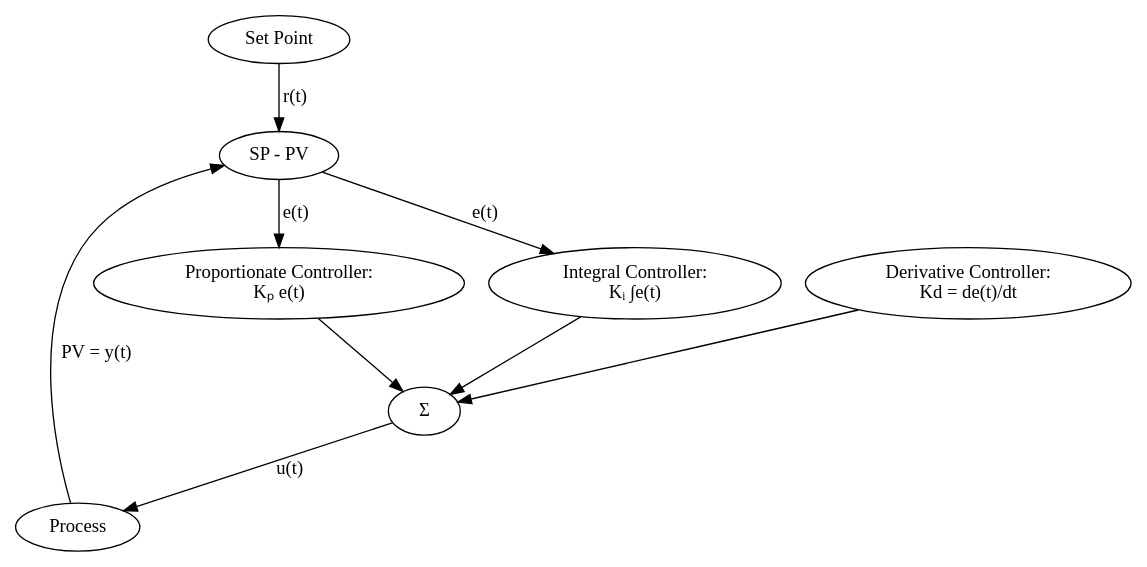
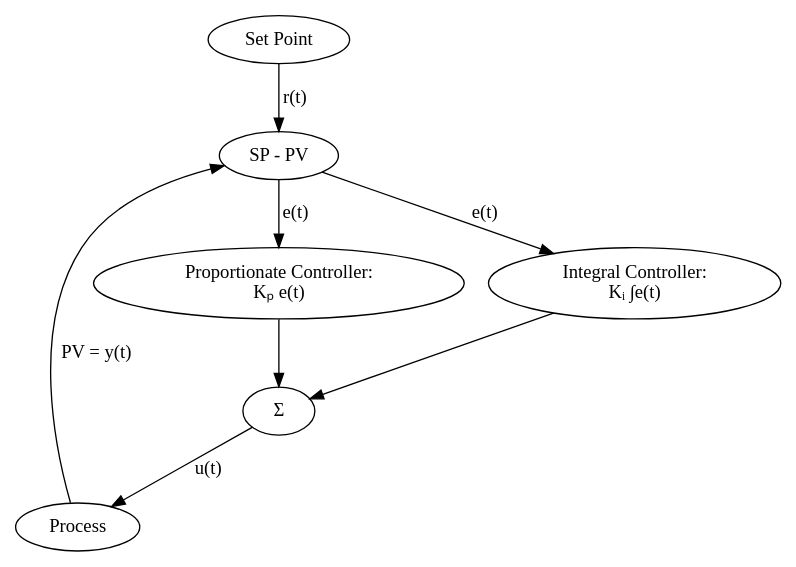
The diagram in pid-dotfiles/pi-controller.dot (brain-fuel-co/feedback), drawn with Graphviz before and after one commit. The commit also changed 1 other file, not shown here.

```diff
--- a/pid-dotfiles/pi-controller.dot
+++ b/pid-dotfiles/pi-controller.dot
@@ -1,18 +1,16 @@
 digraph PI {
     SP [label="Set Point"];
     PR [label="Process"];
     S1 [label="SP - PV"];
     P  [label="Proportionate Controller:\nKₚ e(t)"];
     I  [label="Integral Controller:\nKᵢ ∫e(t)"];
-    D  [label="Derivative Controller:\nKd = de(t)/dt"];
     S2 [label="Σ"];
 
     SP -> S1 [label="r(t)"];
     PR -> S1 [label="PV = y(t)"];
     S1 -> P  [label="e(t)"];
     S1 -> I  [label="e(t)"];
     P  -> S2;
     I  -> S2;
-    D  -> S2;
     S2 -> PR [label="u(t)"];
 }
```
